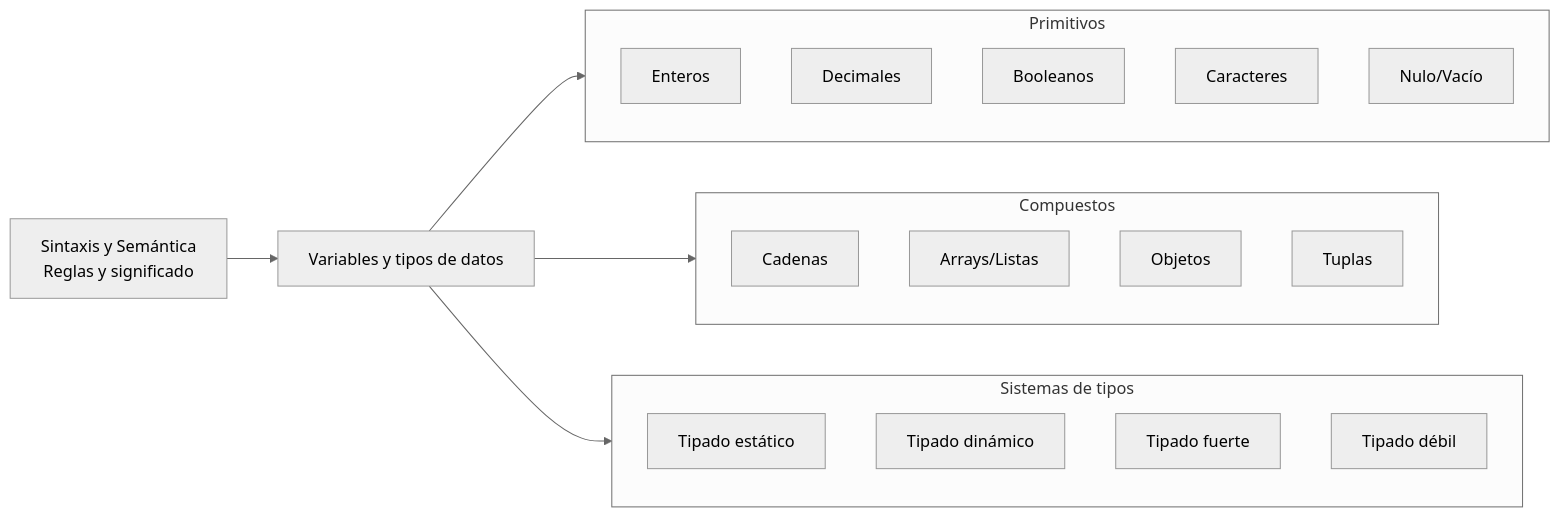
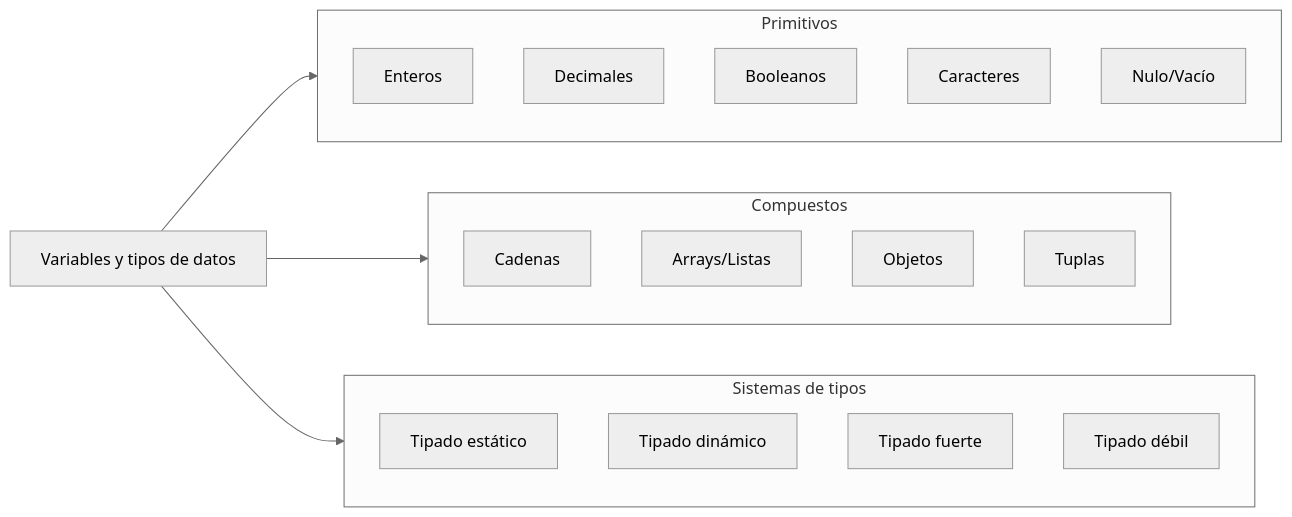
Before and after one commit to JhalexR/learning-journey: the first of 2 diagrams in Knowledge Base/Fundamentos Esenciales/2. Fundamentos de Programación.md, drawn with Mermaid (neutral theme). The commit also changed other lines of this file and 1 other file, not shown here.

````diff
--- a/Knowledge Base/Fundamentos Esenciales/2. Fundamentos de Programación.md
+++ b/Knowledge Base/Fundamentos Esenciales/2. Fundamentos de Programación.md
@@ -3,35 +5,34 @@
 ```mermaid
 flowchart LR
 
-A["Sintaxis y Semántica<br/>Reglas y significado"]
-A --> B["Variables y tipos de datos"]
+A["Variables y tipos de datos"]
 
-B --> P
-B --> C
-B --> S
+A --> P
+A --> C
+A --> S
 
 subgraph P["Primitivos"]
 direction TB
 P1["Enteros"]
 P2["Decimales"]
 P3["Booleanos"]
 P4["Caracteres"]
 P5["Nulo/Vacío"]
 end
 
 subgraph C["Compuestos"]
 direction TB
 C1["Cadenas"]
 C2["Arrays/Listas"]
 C3["Objetos"]
 C4["Tuplas"]
 end
 
 subgraph S["Sistemas de tipos"]
 direction TB
 S1["Tipado estático"]
 S2["Tipado dinámico"]
 S3["Tipado fuerte"]
 S4["Tipado débil"]
 end
 ```
````
